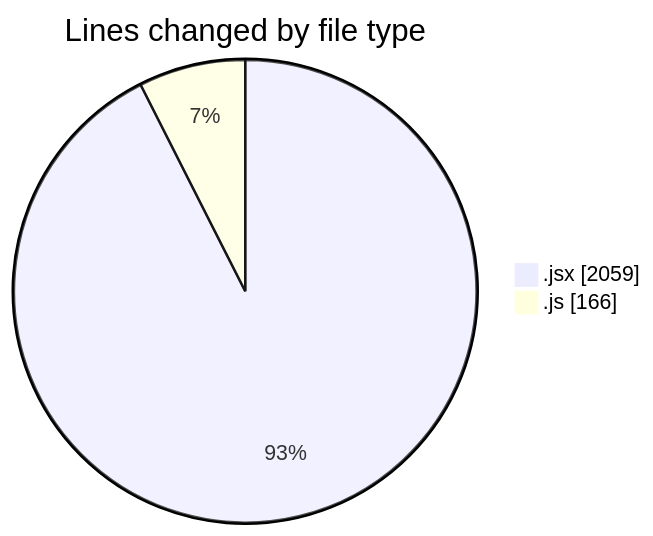
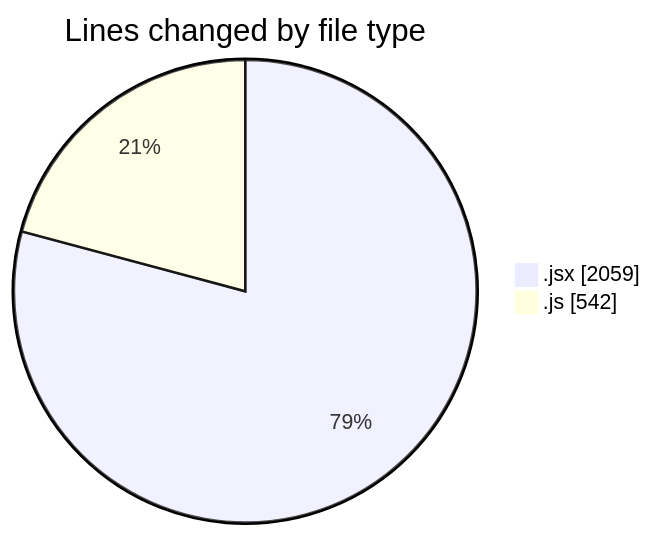
One commit to nxtqubesakshisongat/code-tracking changed the first of 2 diagrams in 2025-12-28/nxtqube_webapp/README.md. Above: the diagram before and after it, drawn with Mermaid. The commit also changed other lines of this file and 1 other file, not shown here.

````diff
--- a/2025-12-28/nxtqube_webapp/README.md
+++ b/2025-12-28/nxtqube_webapp/README.md
@@ -22,6 +23,6 @@
 ```mermaid
 pie showData
 title Lines changed by file type
 ".jsx" : 2059
-".js" : 166
+".js" : 542
 ```
````
